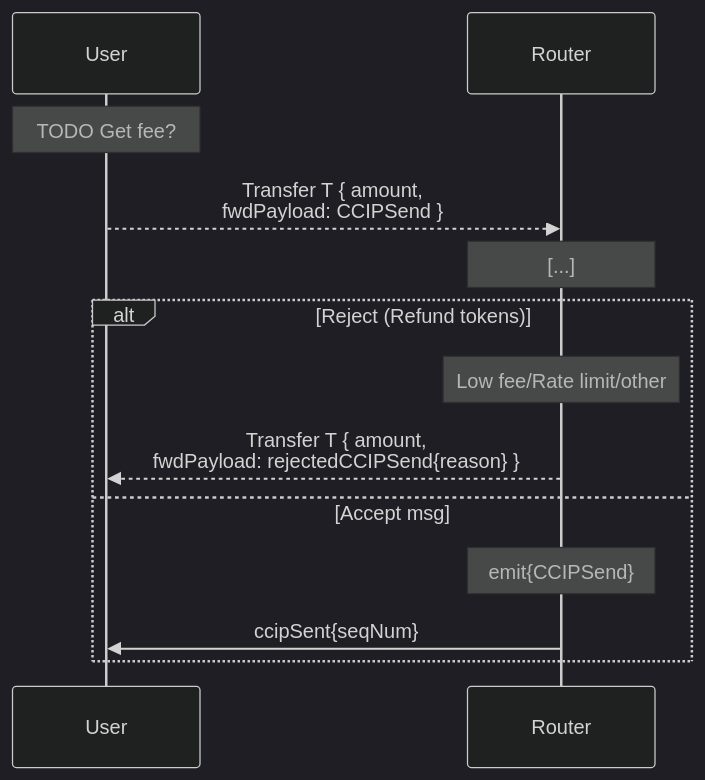
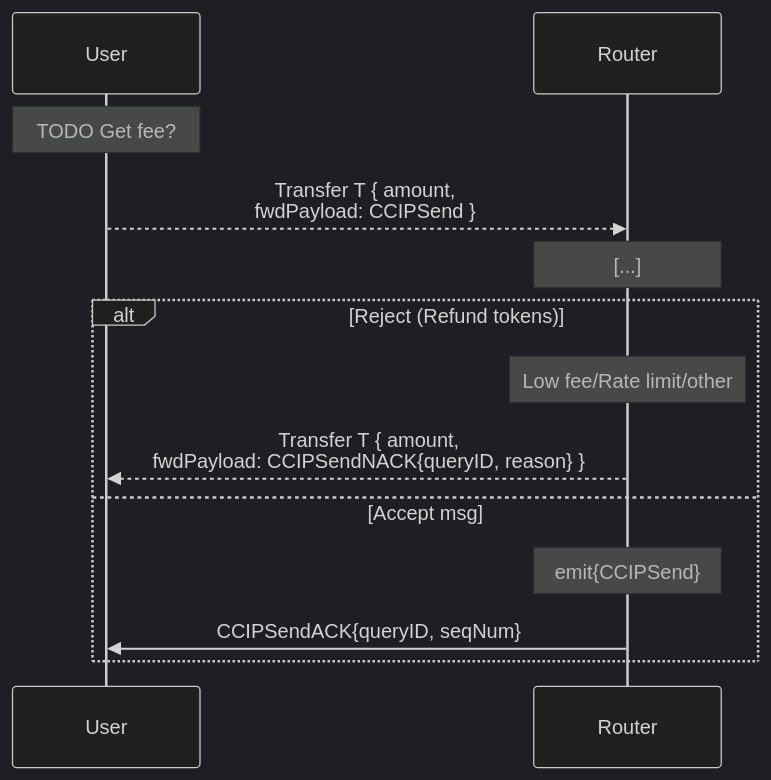
The second of 2 diagrams in docs/contracts/ccip/flow/onramp/user-interface.md (smartcontractkit/chainlink-ton), drawn with Mermaid (dark theme) before and after one commit. The commit also changed other lines of this file and 2 other files, not shown here.

````diff
--- a/docs/contracts/ccip/flow/onramp/user-interface.md
+++ b/docs/contracts/ccip/flow/onramp/user-interface.md
@@ -27,19 +27,19 @@
 ```mermaid
 sequenceDiagram
     participant U as User
     participant R as Router
 
     Note over U: TODO Get fee?
 
     U -->> R: Transfer T { amount,<br>fwdPayload: CCIPSend }
     
     Note over R: [...]
     alt Reject (Refund tokens)
     Note over R: Low fee/Rate limit/other
-    R -->> U: Transfer T { amount,<br>fwdPayload: rejectedCCIPSend{reason} }
+    R -->> U: Transfer T { amount,<br>fwdPayload: CCIPSendNACK{queryID, reason} }
   
     else Accept msg
     Note over R: emit{CCIPSend}
-    R ->> U: ccipSent{seqNum}
+    R ->> U: CCIPSendACK{queryID, seqNum}
     end
 ```
````
